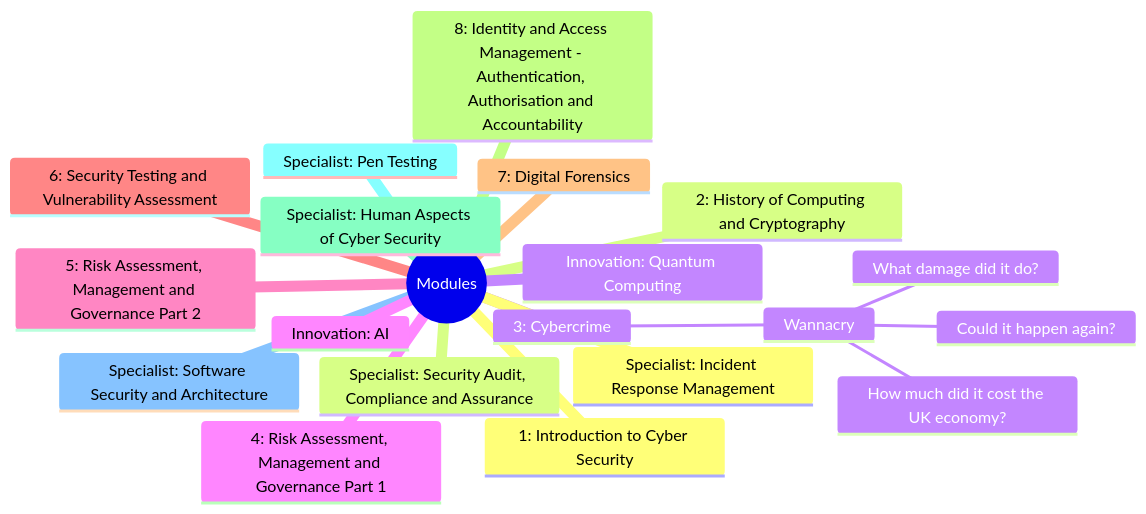
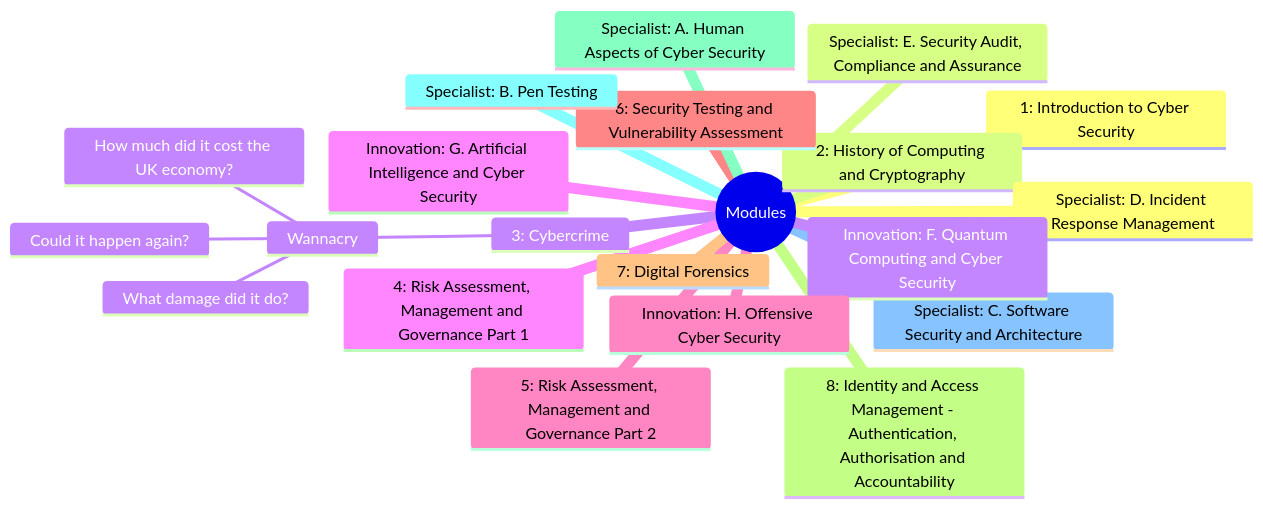
Before and after one commit to UTCSheffield/CyberEPQ-Obsidian: the diagram in ROIP Brainstorm Mindmap.md, drawn with Mermaid. The commit also changed 29 other files, not shown here.

````diff
--- a/ROIP Brainstorm Mindmap.md
+++ b/ROIP Brainstorm Mindmap.md
@@ -2,43 +2,25 @@
 ```mermaid
 mindmap
     root((Modules))
-
         1: Introduction to Cyber Security
-
         2: History of Computing and Cryptography
-
         3: Cybercrime
-
             Wannacry
-
                 What damage did it do?
-
                 Could it happen again?
-
                 How much did it cost the UK economy?
-
         4: Risk Assessment, Management and Governance Part 1
-
         5: Risk Assessment, Management and Governance Part 2
-
         6: Security Testing and Vulnerability Assessment
-
         7: Digital Forensics
-
         8: Identity and Access Management - Authentication, Authorisation and Accountability
-
-        Specialist: Human Aspects of Cyber Security
-
-        Specialist: Pen Testing
-
-        Specialist: Software Security and Architecture
-
-        Specialist: Incident Response Management
-
-        Specialist: Security Audit, Compliance and Assurance
-
-        Innovation: Quantum Computing
-
-        Innovation: AI
+        Specialist: A. Human Aspects of Cyber Security
+        Specialist: B. Pen Testing
+        Specialist: C. Software Security and Architecture
+        Specialist: D. Incident Response Management
+        Specialist: E. Security Audit, Compliance and Assurance
+        Innovation: F. Quantum Computing and Cyber Security
+        Innovation: G. Artificial Intelligence and Cyber Security
+        Innovation: H. Offensive Cyber Security
         
 ```
````
